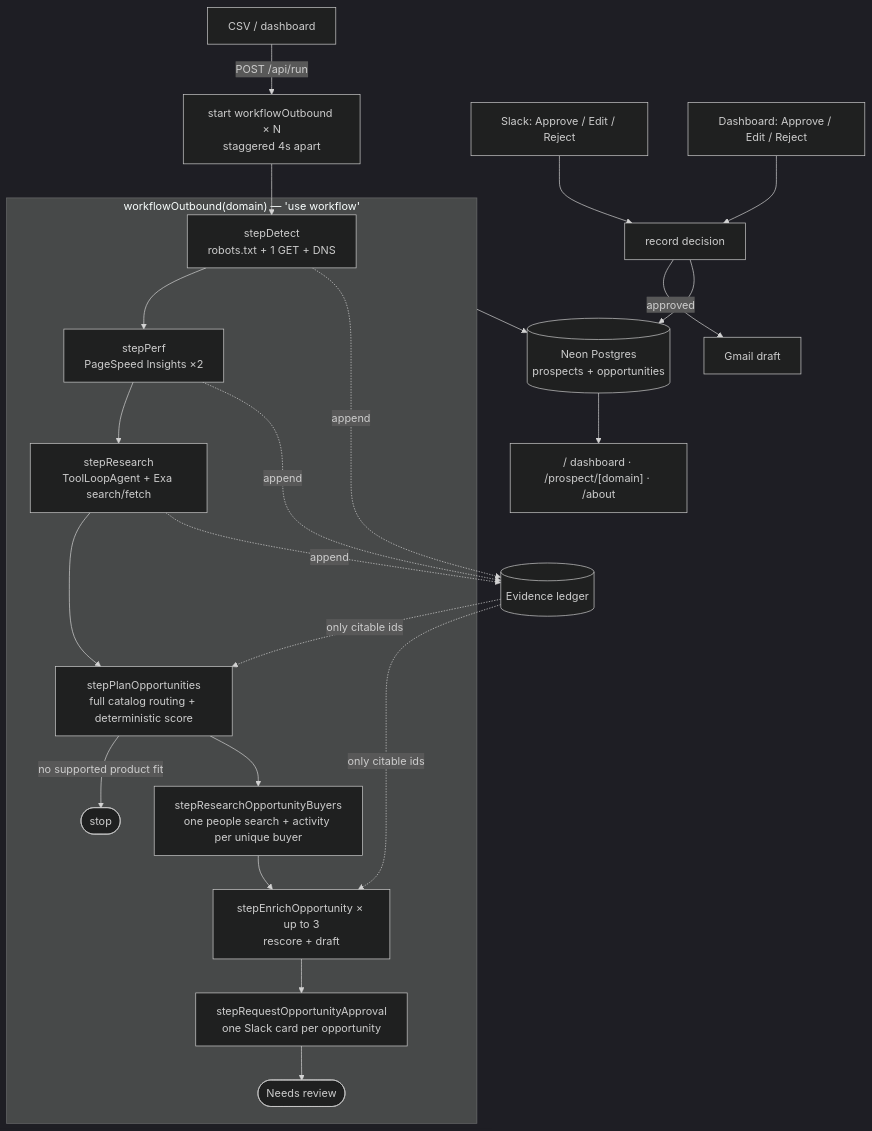
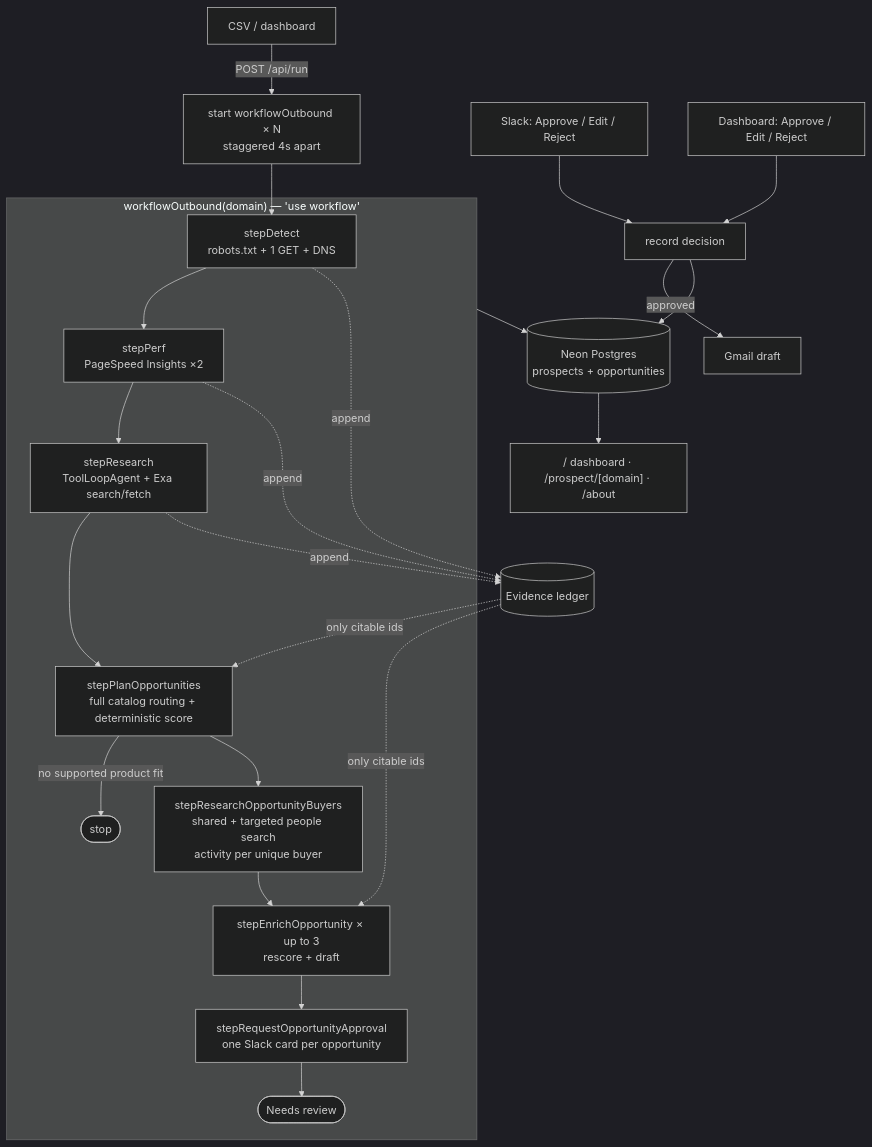
Before and after one commit to alvinalaphat/next-prospect: the diagram in README.md, drawn with Mermaid (dark theme). The commit also changed other lines of this file and 10 other files, not shown here.

Commit message:
Require named buyer fallbacks and collapse activity

````diff
--- a/README.md
+++ b/README.md
@@ -57,27 +58,27 @@
 ```mermaid
 flowchart TD
     CSV[CSV / dashboard] -->|POST /api/run| RUN[start workflowOutbound × N<br/>staggered 4s apart]
     RUN --> D
 
     subgraph WF["workflowOutbound(domain) — 'use workflow'"]
         D["stepDetect<br/>robots.txt + 1 GET + DNS"] --> P["stepPerf<br/>PageSpeed Insights ×2"]
         P --> R["stepResearch<br/>ToolLoopAgent + Exa search/fetch"]
         R --> Q["stepPlanOpportunities<br/>full catalog routing + deterministic score"]
         Q -->|no supported product fit| STOP2([stop])
-        Q --> BR["stepResearchOpportunityBuyers<br/>one people search + activity per unique buyer"]
+        Q --> BR["stepResearchOpportunityBuyers<br/>shared + targeted people search<br/>activity per unique buyer"]
         BR --> B["stepEnrichOpportunity × up to 3<br/>rescore + draft"]
         B --> H["stepRequestOpportunityApproval<br/>one Slack card per opportunity"]
         H --> DONE([Needs review])
     end
 
     D & P & R -.->|append| LEDGER[(Evidence ledger)]
     LEDGER -.->|only citable ids| Q & B
 
     SLACK[Slack: Approve / Edit / Reject] --> DEC[record decision]
     DASH[Dashboard: Approve / Edit / Reject] --> DEC
     DEC -->|approved| GMAIL[Gmail draft]
     DEC --> DB
 
     WF --> DB[(Neon Postgres<br/>prospects + opportunities)]
     DB --> UI["/ dashboard · /prospect/[domain] · /about"]
 ```
````
